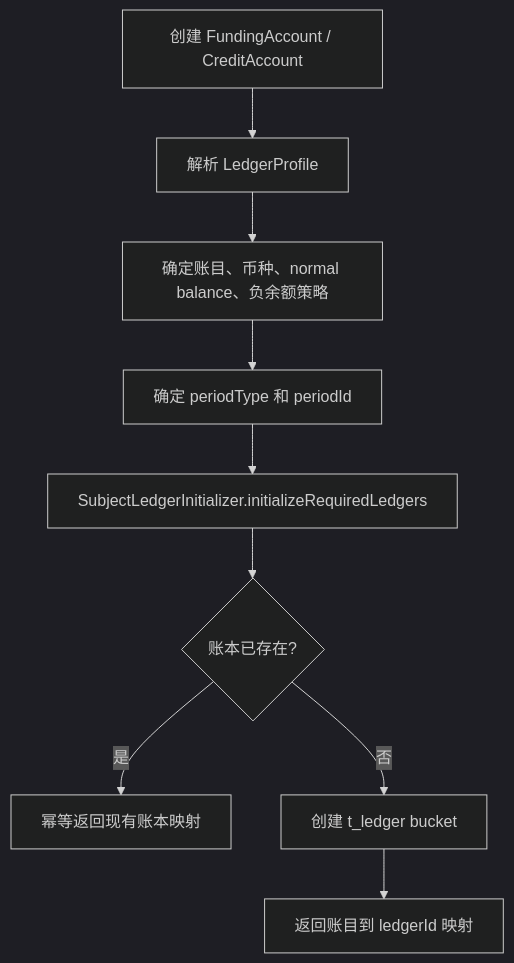
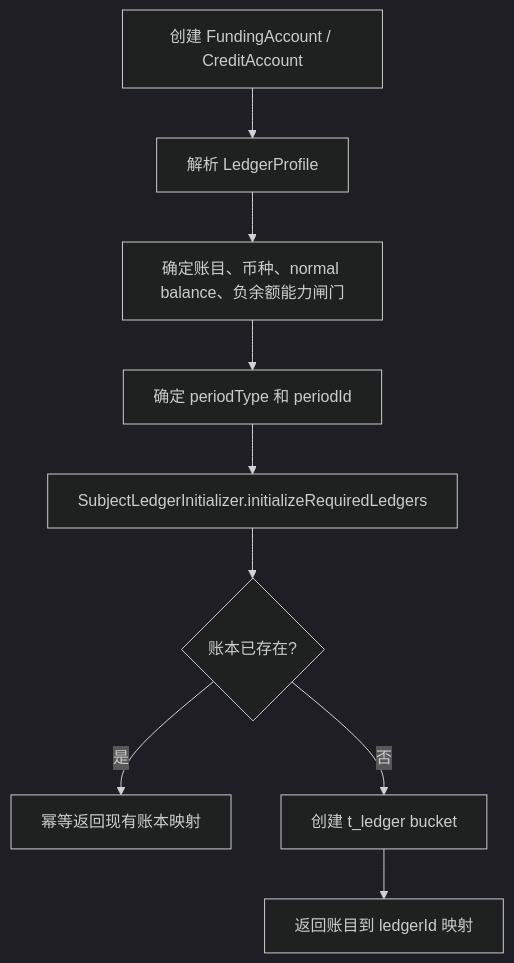
Before and after one commit to fengwuxp/wind-funds: the ninth of 19 diagrams in docs/系分设计/02-交易路由钱包账目与投影系分设计.md, drawn with Mermaid (dark theme). The commit also changed other lines of this file and 46 other files, not shown here.

````diff
--- a/docs/系分设计/02-交易路由钱包账目与投影系分设计.md
+++ b/docs/系分设计/02-交易路由钱包账目与投影系分设计.md
@@ -560,11 +560,11 @@
 ```mermaid
 flowchart TD
     A["创建 FundingAccount / CreditAccount"] --> B["解析 LedgerProfile"]
-    B --> C["确定账目、币种、normal balance、负余额策略"]
+    B --> C["确定账目、币种、normal balance、负余额能力闸门"]
     C --> D["确定 periodType 和 periodId"]
     D --> E["SubjectLedgerInitializer.initializeRequiredLedgers"]
     E --> F{"账本已存在?"}
     F -- "是" --> G["幂等返回现有账本映射"]
     F -- "否" --> H["创建 t_ledger bucket"]
     H --> I["返回账目到 ledgerId 映射"]
 ```
````
